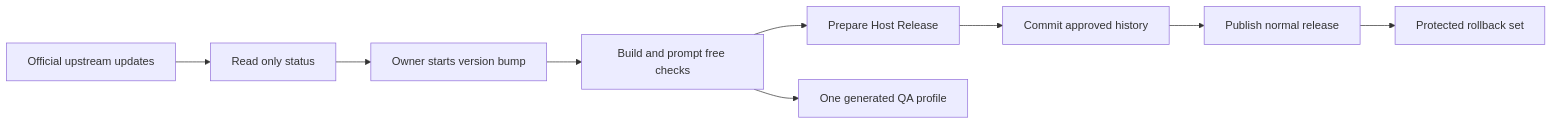
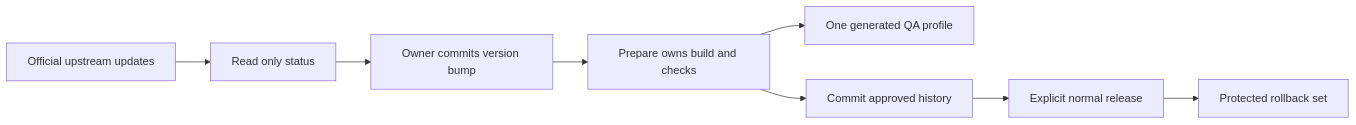
The diagram in wiki/OVERVIEW.md (alexwck/dbcode-wrapper), drawn with Mermaid before and after one commit. The commit also changed other lines of this file and 10 other files, not shown here.

````diff
--- a/wiki/OVERVIEW.md
+++ b/wiki/OVERVIEW.md
@@ -40,11 +40,10 @@
 ```mermaid
 flowchart LR
   U[Official upstream updates] --> S[Read only status]
-  S --> O[Owner starts version bump]
-  O --> B[Build and prompt free checks]
-  B --> P[Prepare Host Release]
+  S --> O[Owner commits version bump]
+  O --> P[Prepare owns build and checks]
+  P --> Q[One generated QA profile]
   P --> H[Commit approved history]
-  H --> R[Publish normal release]
-  B --> Q[One generated QA profile]
+  H --> R[Explicit normal release]
   R --> K[Protected rollback set]
 ```
````
